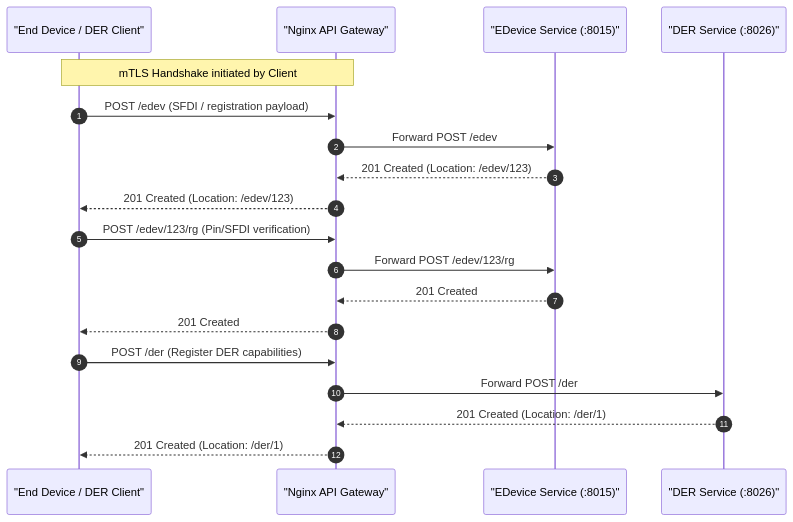
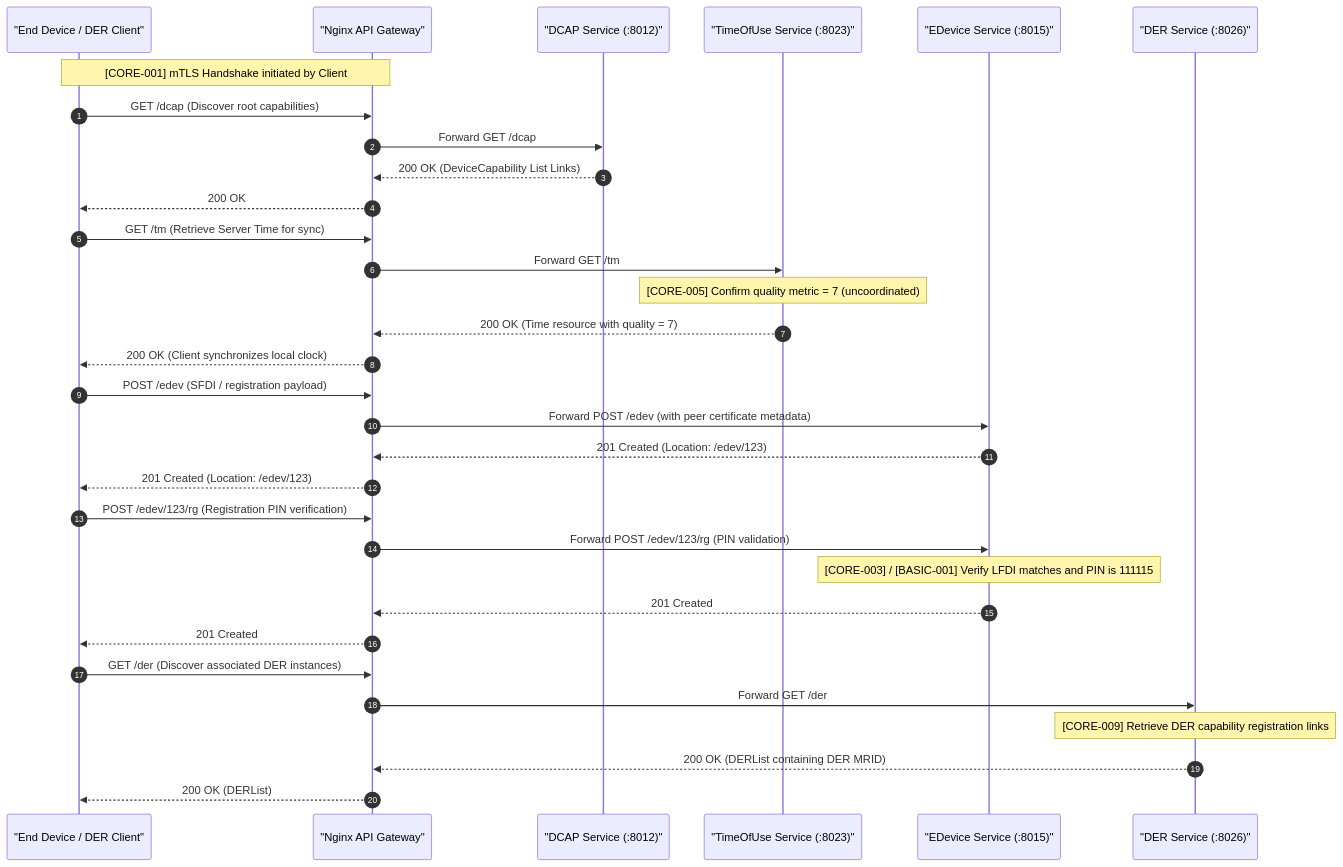
The first of 6 diagrams in lifecycles/energy_scheduling.md (Tylores/egot), drawn with Mermaid before and after one commit. The commit also changed other lines of this file and 68 other files, not shown here.

Commit message:
refactor: migrate to microservices architecture, add validation tools and scenario tests

````diff
--- a/lifecycles/energy_scheduling.md
+++ b/lifecycles/energy_scheduling.md
@@ -11,24 +11,40 @@
 ```mermaid
 sequenceDiagram
     autonumber
     participant Client as "End Device / DER Client"
     participant GW as "Nginx API Gateway"
+    participant DCAP as "DCAP Service (:8012)"
+    participant TimeOfUse as "TimeOfUse Service (:8023)"
     participant EDev as "EDevice Service (:8015)"
     participant DER as "DER Service (:8026)"
 
-    Note over Client, GW: mTLS Handshake initiated by Client
+    Note over Client, GW: [CORE-001] mTLS Handshake initiated by Client
+    
+    Client->>GW: GET /dcap (Discover root capabilities)
+    GW->>DCAP: Forward GET /dcap
+    DCAP-->>GW: 200 OK (DeviceCapability List Links)
+    GW-->>Client: 200 OK
+    
+    Client->>GW: GET /tm (Retrieve Server Time for sync)
+    GW->>TimeOfUse: Forward GET /tm
+    Note over TimeOfUse: [CORE-005] Confirm quality metric = 7 (uncoordinated)
+    TimeOfUse-->>GW: 200 OK (Time resource with quality = 7)
+    GW-->>Client: 200 OK (Client synchronizes local clock)
+
     Client->>GW: POST /edev (SFDI / registration payload)
-    GW->>EDev: Forward POST /edev
+    GW->>EDev: Forward POST /edev (with peer certificate metadata)
     EDev-->>GW: 201 Created (Location: /edev/123)
     GW-->>Client: 201 Created (Location: /edev/123)
 
-    Client->>GW: POST /edev/123/rg (Pin/SFDI verification)
-    GW->>EDev: Forward POST /edev/123/rg
+    Client->>GW: POST /edev/123/rg (Registration PIN verification)
+    GW->>EDev: Forward POST /edev/123/rg (PIN validation)
+    Note over EDev: [CORE-003] / [BASIC-001] Verify LFDI matches and PIN is 111115
     EDev-->>GW: 201 Created
     GW-->>Client: 201 Created
 
-    Client->>GW: POST /der (Register DER capabilities)
-    GW->>DER: Forward POST /der
-    DER-->>GW: 201 Created (Location: /der/1)
-    GW-->>Client: 201 Created (Location: /der/1)
+    Client->>GW: GET /der (Discover associated DER instances)
+    GW->>DER: Forward GET /der
+    Note over DER: [CORE-009] Retrieve DER capability registration links
+    DER-->>GW: 200 OK (DERList containing DER MRID)
+    GW-->>Client: 200 OK (DERList)
 ```
````
